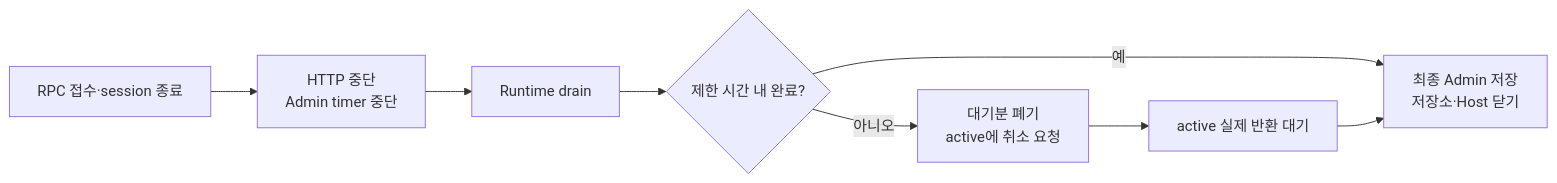
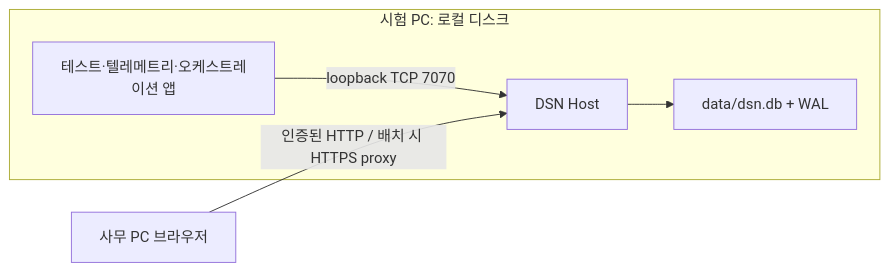
The third of 4 diagrams in docs/04-top-level-design.md (south-hive/project-dsn), drawn with Mermaid before and after one commit. The commit also changed other lines of this file and 69 other files, not shown here.

````diff
--- a/docs/04-top-level-design.md
+++ b/docs/04-top-level-design.md
@@ -80,10 +61,8 @@
 ```mermaid
 flowchart LR
-    A["RPC 접수·session 종료"] --> B["HTTP 중단<br/>Admin timer 중단"]
-    B --> C["Runtime drain"]
-    C --> Q{"제한 시간 내 완료?"}
-    Q -->|"예"| F["최종 Admin 저장<br/>저장소·Host 닫기"]
-    Q -->|"아니오"| D["대기분 폐기<br/>active에 취소 요청"]
-    D --> E["active 실제 반환 대기"]
-    E --> F
+    subgraph PC["시험 PC: 로컬 디스크"]
+        A["테스트·텔레메트리·오케스트레이션 앱"] -->|"loopback TCP 7070"| H["DSN Host"]
+        H --> D["data/dsn.db + WAL"]
+    end
+    O["사무 PC 브라우저"] -->|"인증된 HTTP / 배치 시 HTTPS proxy"| H
 ```
````
